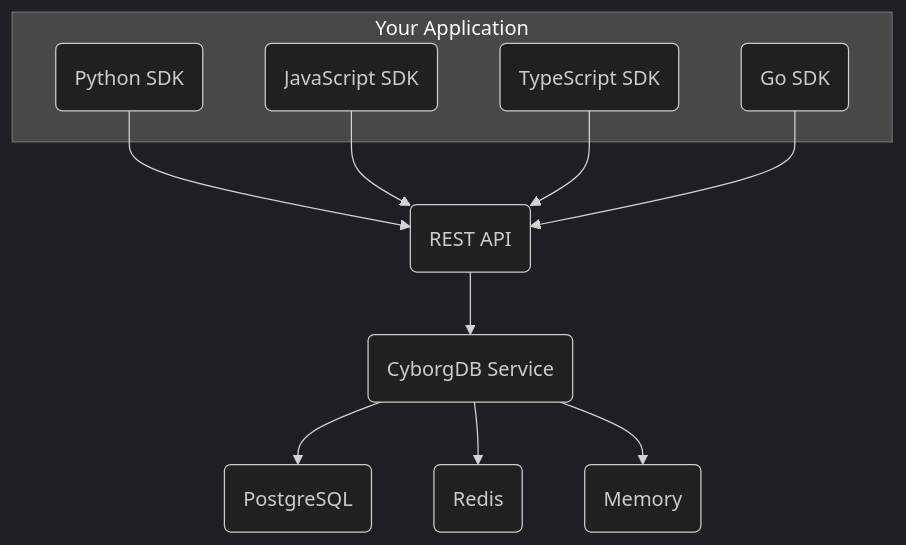
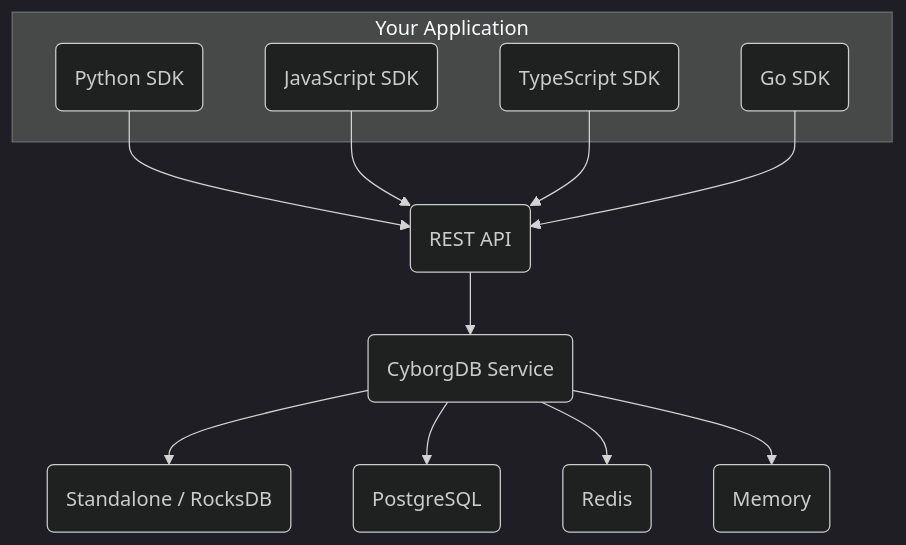
The diagram in versions/v0.15.x/service/guides/intro/about.mdx (cyborginc/cyborgdb-docs), drawn with Mermaid (dark theme) before and after one commit. The commit also changed 3 other files, not shown here.

````diff
--- a/versions/v0.15.x/service/guides/intro/about.mdx
+++ b/versions/v0.15.x/service/guides/intro/about.mdx
@@ -105,25 +105,27 @@
 ```mermaid
 flowchart TB
   subgraph Your_Applications [Your Application]
     PythonSDK("Python SDK")
     JSSDK("JavaScript SDK")
     TSSDK("TypeScript SDK")
     GoSDK("Go SDK")
   end
 
   PythonSDK --> RESTAPI
   JSSDK --> RESTAPI
   TSSDK --> RESTAPI
   GoSDK --> RESTAPI
 
   RESTAPI("REST API")
   RESTAPI --> CyborgDB("CyborgDB Service")
 
+  CyborgDB --> Standalone
   CyborgDB --> PostgreSQL
   CyborgDB --> Redis
   CyborgDB --> Memory
 
+  Standalone("Standalone / RocksDB")
   PostgreSQL("PostgreSQL")
   Redis("Redis")
   Memory("Memory")
 ```
````
